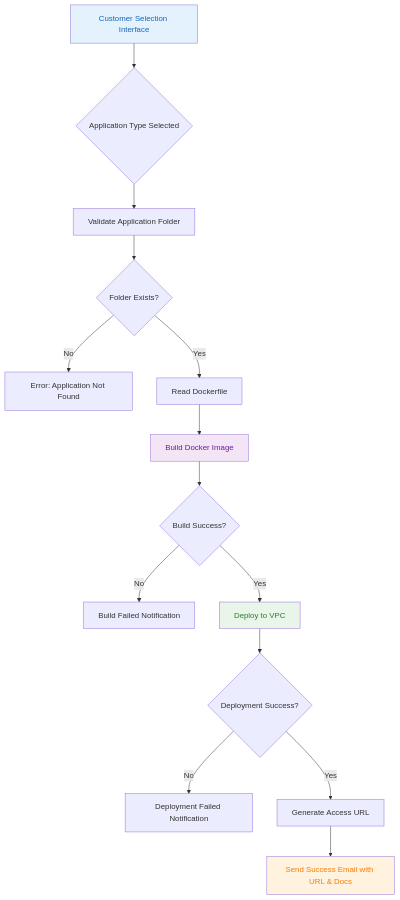
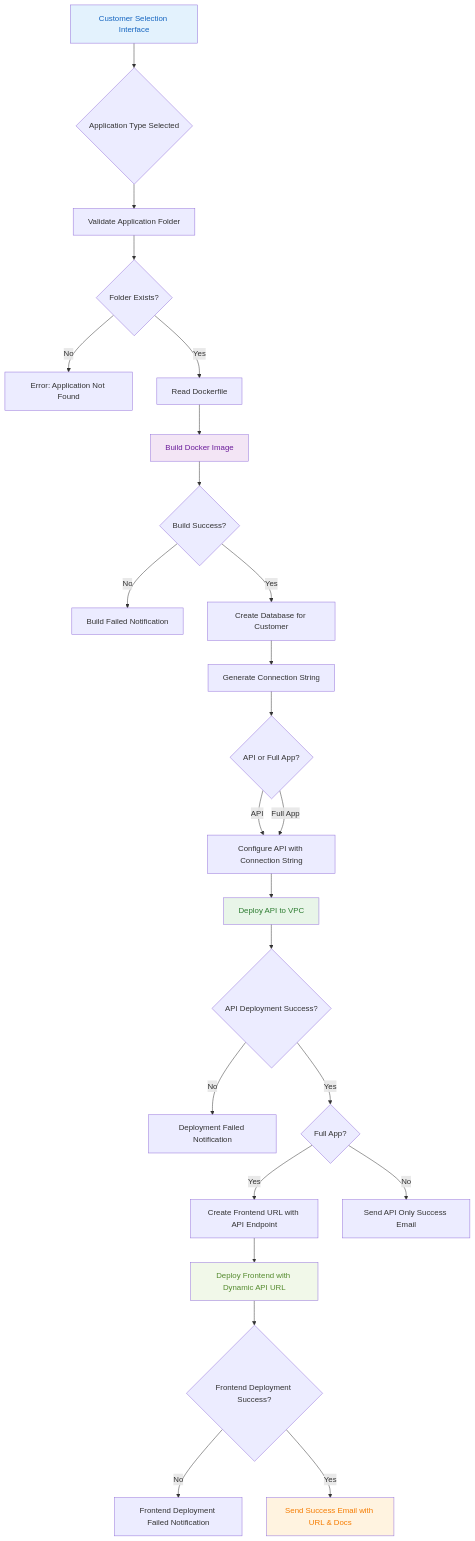
Before and after one commit to Krish200122/saas-deploy-hub: the first of 2 diagrams in README.md, drawn with Mermaid. The commit also changed other lines of this file and 6047 other files, not shown here.

````diff
--- a/README.md
+++ b/README.md
@@ -16,21 +16,33 @@
 ```mermaid
 graph TB
     A[Customer Selection Interface] --> B{Application Type Selected}
     B --> C[Validate Application Folder]
     C --> D{Folder Exists?}
     D -->|No| E[Error: Application Not Found]
     D -->|Yes| F[Read Dockerfile]
     F --> G[Build Docker Image]
     G --> H{Build Success?}
     H -->|No| I[Build Failed Notification]
-    H -->|Yes| J[Deploy to VPC]
-    J --> K{Deployment Success?}
-    K -->|No| L[Deployment Failed Notification]
-    K -->|Yes| M[Generate Access URL]
-    M --> N[Send Success Email with URL & Docs]
+    H -->|Yes| AA[Create Database for Customer]
+    AA --> AB[Generate Connection String]
+    AB --> AC{API or Full App?}
+    AC -->|API| AD[Configure API with Connection String]
+    AC -->|Full App| AD
+    AD --> AE[Deploy API to VPC]
+    AE --> AF{API Deployment Success?}
+    AF -->|No| AG[Deployment Failed Notification]
+    AF -->|Yes| AH{Full App?}
+    AH -->|Yes| AI[Create Frontend URL with API Endpoint]
+    AH -->|No| AK[Send API Only Success Email]
+    AI --> AJ[Deploy Frontend with Dynamic API URL]
+    AJ --> AL{Frontend Deployment Success?}
+    AL -->|No| AM[Frontend Deployment Failed Notification]
+    AL -->|Yes| AN[Send Success Email with URL & Docs]
     
     style A fill:#e3f2fd,color:#1565c0
     style G fill:#f3e5f5,color:#6a1b9a
-    style J fill:#e8f5e8,color:#2e7d32
-    style N fill:#fff3e0,color:#f57c00
+    style AE fill:#e8f5e8,color:#2e7d32
+    style AJ fill:#f1f8e9,color:#558b2f
+    style AN fill:#fff3e0,color:#f57c00
+
 ```
````
